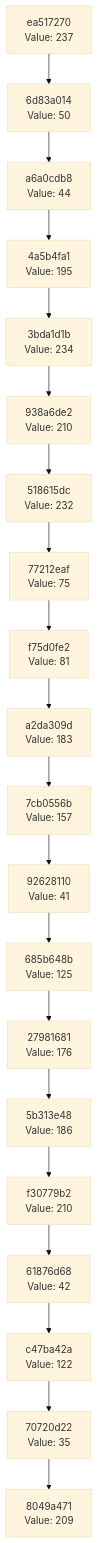
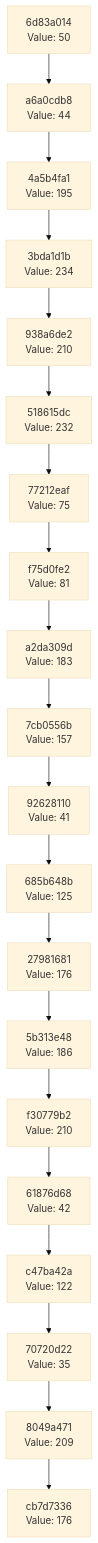
Before and after one commit to Abhisheksinha1506/hash-chain-evolver: the diagram in docs/CHAIN_VISUALIZATION.md, drawn with Mermaid (base theme). The commit also changed 3 other files, not shown here.

````diff
--- a/docs/CHAIN_VISUALIZATION.md
+++ b/docs/CHAIN_VISUALIZATION.md
@@ -3,42 +3,42 @@
 ```mermaid
 graph TD
-    C0["8049a471<br/>Value: 209"]
-    C1["70720d22<br/>Value: 35"]
+    C0["cb7d7336<br/>Value: 176"]
+    C1["8049a471<br/>Value: 209"]
     C1 --> C0
-    C2["c47ba42a<br/>Value: 122"]
+    C2["70720d22<br/>Value: 35"]
     C2 --> C1
-    C3["61876d68<br/>Value: 42"]
+    C3["c47ba42a<br/>Value: 122"]
     C3 --> C2
-    C4["f30779b2<br/>Value: 210"]
+    C4["61876d68<br/>Value: 42"]
     C4 --> C3
-    C5["5b313e48<br/>Value: 186"]
+    C5["f30779b2<br/>Value: 210"]
     C5 --> C4
-    C6["27981681<br/>Value: 176"]
+    C6["5b313e48<br/>Value: 186"]
     C6 --> C5
-    C7["685b648b<br/>Value: 125"]
+    C7["27981681<br/>Value: 176"]
     C7 --> C6
-    C8["92628110<br/>Value: 41"]
+    C8["685b648b<br/>Value: 125"]
     C8 --> C7
-    C9["7cb0556b<br/>Value: 157"]
+    C9["92628110<br/>Value: 41"]
     C9 --> C8
-    C10["a2da309d<br/>Value: 183"]
+    C10["7cb0556b<br/>Value: 157"]
     C10 --> C9
-    C11["f75d0fe2<br/>Value: 81"]
+    C11["a2da309d<br/>Value: 183"]
     C11 --> C10
-    C12["77212eaf<br/>Value: 75"]
+    C12["f75d0fe2<br/>Value: 81"]
     C12 --> C11
-    C13["518615dc<br/>Value: 232"]
+    C13["77212eaf<br/>Value: 75"]
     C13 --> C12
-    C14["938a6de2<br/>Value: 210"]
+    C14["518615dc<br/>Value: 232"]
     C14 --> C13
-    C15["3bda1d1b<br/>Value: 234"]
+    C15["938a6de2<br/>Value: 210"]
     C15 --> C14
-    C16["4a5b4fa1<br/>Value: 195"]
+    C16["3bda1d1b<br/>Value: 234"]
     C16 --> C15
-    C17["a6a0cdb8<br/>Value: 44"]
+    C17["4a5b4fa1<br/>Value: 195"]
     C17 --> C16
-    C18["6d83a014<br/>Value: 50"]
+    C18["a6a0cdb8<br/>Value: 44"]
     C18 --> C17
-    C19["ea517270<br/>Value: 237"]
+    C19["6d83a014<br/>Value: 50"]
     C19 --> C18
 ```
````
